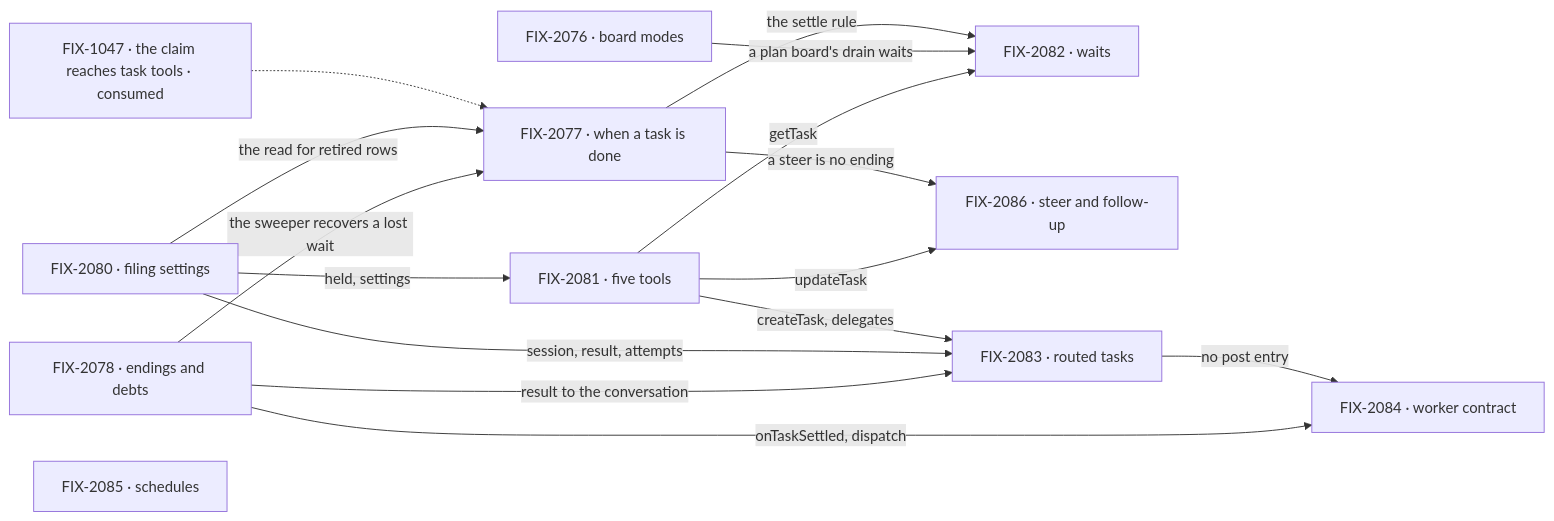
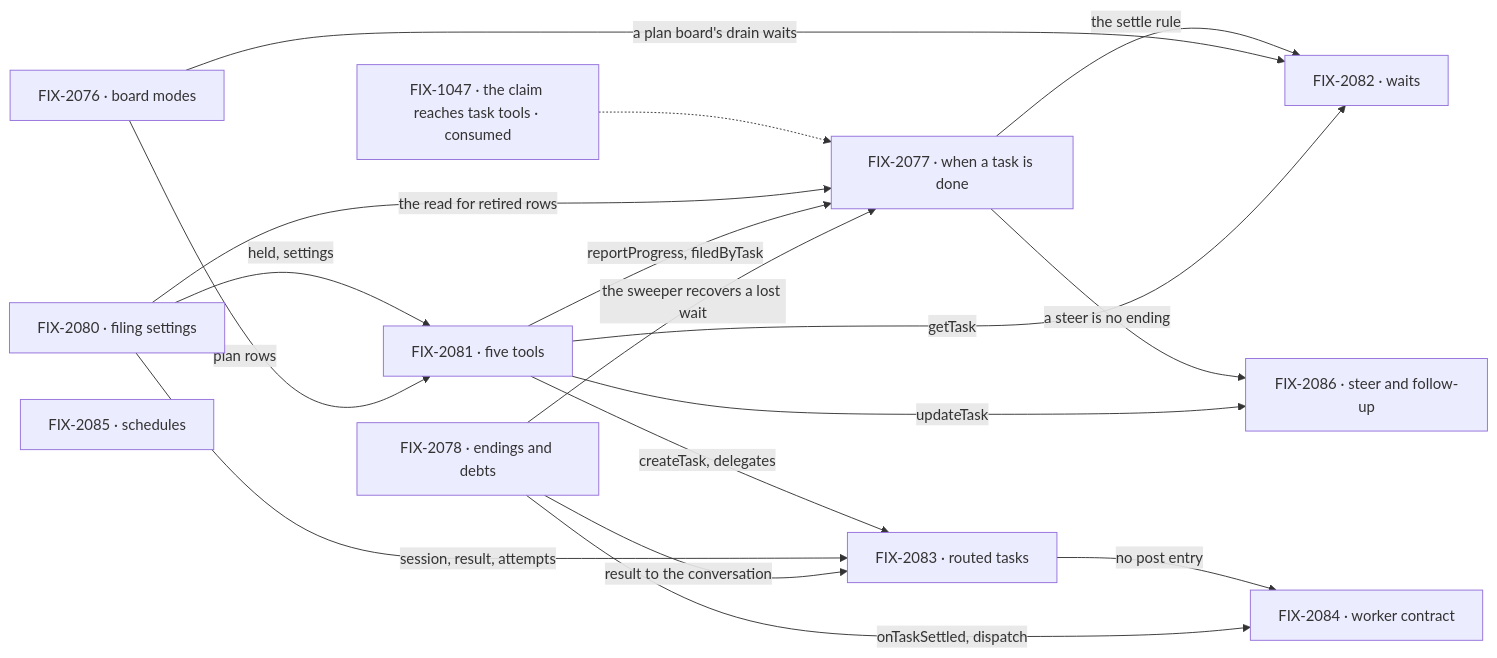
The second of 2 diagrams in specs/epics/FIX-2056/SPEC.md (fixpoint-labs/flow-state-dev), drawn with Mermaid before and after one commit. The commit also changed other lines of this file and 9 other files, not shown here.

````diff
--- a/specs/epics/FIX-2056/SPEC.md
+++ b/specs/epics/FIX-2056/SPEC.md
@@ -89,18 +89,20 @@
 ```mermaid
 flowchart LR
   I["FIX-1047 · the claim reaches task tools · consumed"] -.-> B
   L["FIX-2080 · filing settings"] -->|"the read for retired rows"| B["FIX-2077 · when a task is done"]
   B -->|"the settle rule"| W["FIX-2082 · waits"]
   B -->|"a steer is no ending"| S["FIX-2086 · steer and follow-up"]
   M["FIX-2076 · board modes"] -->|"a plan board's drain waits"| W
   L -->|"held, settings"| T["FIX-2081 · five tools"]
+  M -->|"plan rows"| T
+  T -->|"reportProgress, filedByTask"| B
   T -->|"getTask"| W
   T -->|"updateTask"| S
   T -->|"createTask, delegates"| R["FIX-2083 · routed tasks"]
   L -->|"session, result, attempts"| R
   E["FIX-2078 · endings and debts"] -->|"the sweeper recovers a lost wait"| B
   E -->|"result to the conversation"| R
   R -->|"no post entry"| K["FIX-2084 · worker contract"]
   E -->|"onTaskSettled, dispatch"| K
   H["FIX-2085 · schedules"]
 ```
````
